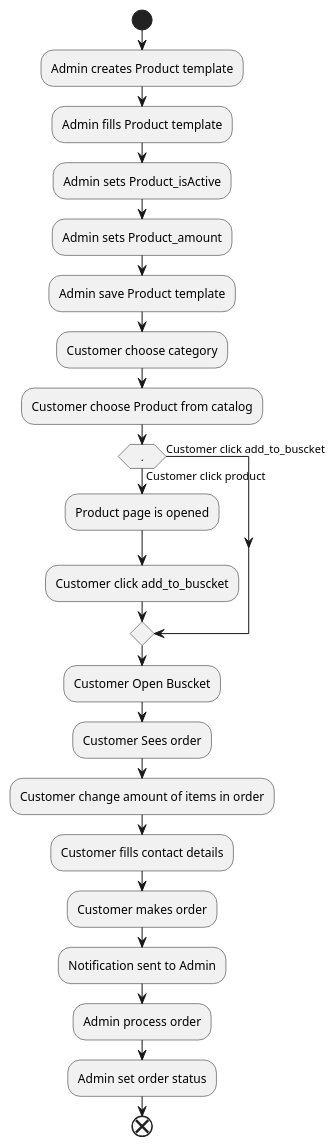
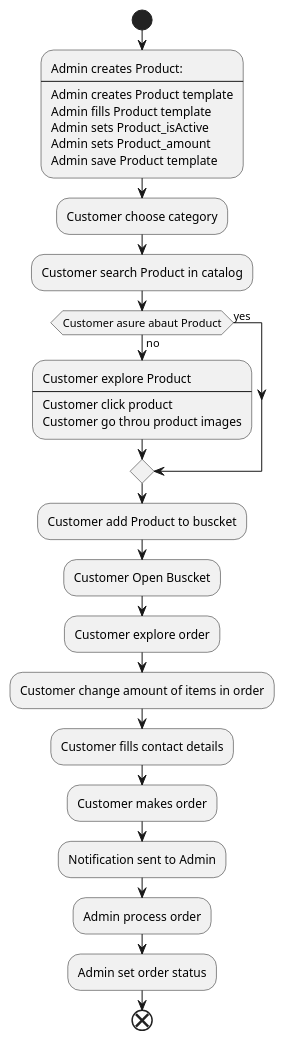
The diagram in uml/product.process.wsd (Dominus8/e-note.group), drawn with PlantUML before and after one commit. The commit also changed 1 other file, not shown here.

```diff
--- a/uml/product.process.wsd
+++ b/uml/product.process.wsd
@@ -1,28 +1,32 @@
 start
-    ' :Admin creates Product:
-    :Admin creates Product template;
-    :Admin fills Product template;
-    :Admin sets Product_isActive;
-    :Admin sets Product_amount;
-    :Admin save Product template;
+    :Admin creates Product:
+    ----
+    Admin creates Product template
+    Admin fills Product template
+    Admin sets Product_isActive
+    Admin sets Product_amount
+    Admin save Product template;
 
     :Customer choose category;
-    :Customer choose Product from catalog;
-    if (.) then (Customer click add_to_buscket)
+    :Customer search Product in catalog;
+    if (Customer asure abaut Product) then (yes)
         
-    else (Customer click product)
-        :Product page is opened;
-        :Customer click add_to_buscket;
+    else (no)
+        :Customer explore Product
+        ----
+        Customer click product
+        Customer go throu product images;
     endif
 
+    :Customer add Product to buscket;
     :Customer Open Buscket;
-    :Customer Sees order;
+    :Customer explore order;
     :Customer change amount of items in order;
     :Customer fills contact details;
     :Customer makes order;
 
     :Notification sent to Admin;
     :Admin process order;
     :Admin set order status;
 
 end
```
